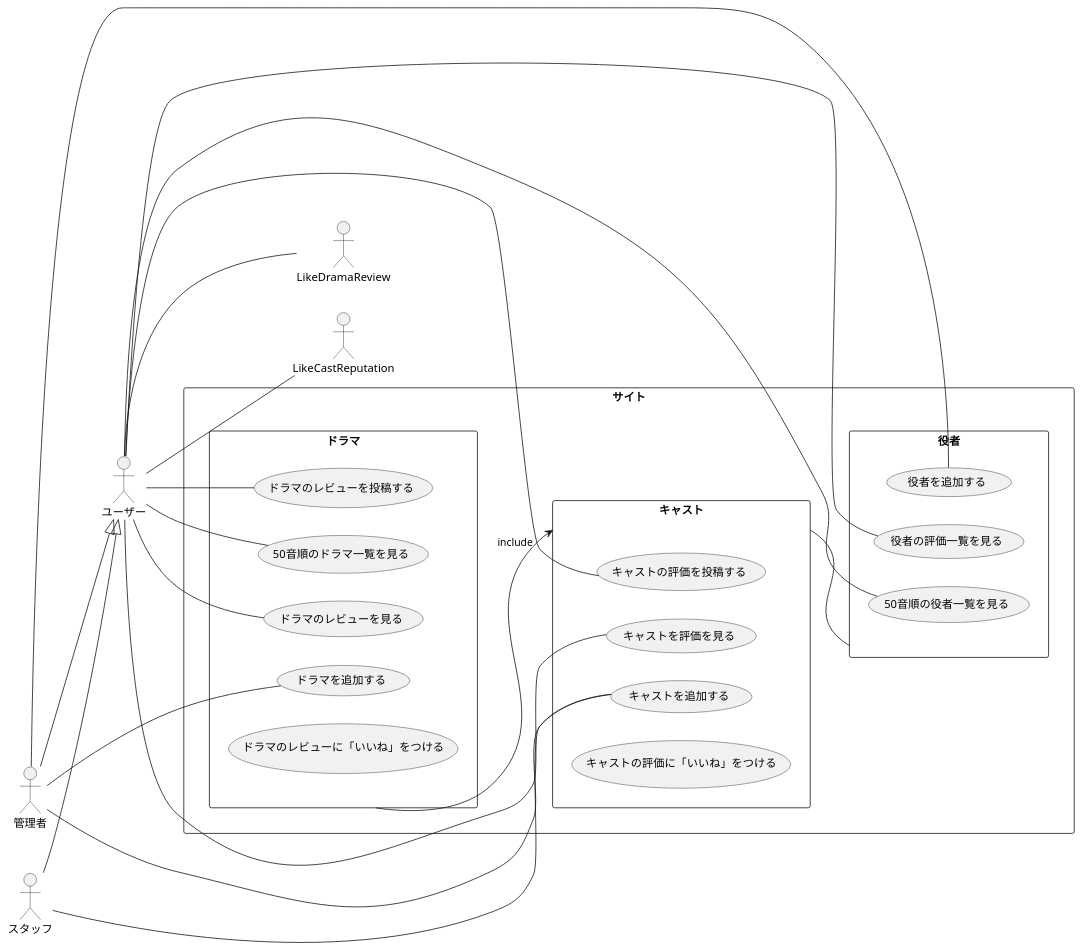
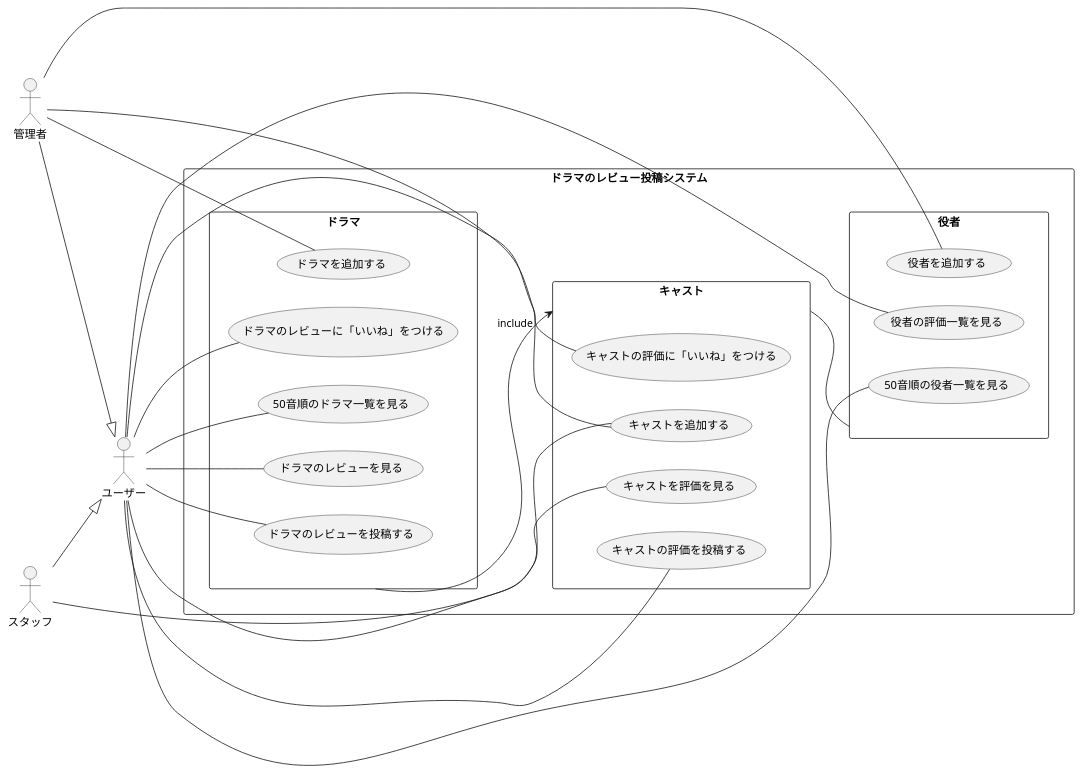
One commit to mediascience-gk/dramafam-by-nest-next changed the diagram in docs/usecase-diagram.md. Above: the diagram before and after it, drawn with PlantUML. The commit also changed 1 other file, not shown here.

Commit message:
Created class-diagram

````diff
--- a/docs/usecase-diagram.md
+++ b/docs/usecase-diagram.md
@@ -1,44 +1,44 @@
 ```plantuml
 @startuml
 left to right direction
 actor "ユーザー" as user
 actor "管理者" as admin
 actor "スタッフ" as staff
-rectangle サイト {
+rectangle ドラマのレビュー投稿システム {
     rectangle ドラマ {
         usecase (50音順のドラマ一覧を見る) as showDramaList
         usecase (ドラマを追加する) as addDrama
         usecase (ドラマのレビューを見る) as showDramaReview
         usecase (ドラマのレビューを投稿する) as postDramaReview
         usecase (ドラマのレビューに「いいね」をつける) as likeDramaReview
     }
     rectangle キャスト {
         usecase (キャストを評価を見る) as showCastReputation
         usecase (キャストを追加する) as addCast
         usecase (キャストの評価を投稿する) as postCastReputation
         usecase (キャストの評価に「いいね」をつける) as likeCastReputation
     }
     rectangle 役者 {
         usecase (50音順の役者一覧を見る) as showActorList
         usecase (役者の評価一覧を見る) as showActorReputationList
         usecase (役者を追加する) as addActor
     }
 }
 キャスト -- 役者
 ドラマ --> キャスト: include
 admin --|> user
 staff --|> user
 user -- showDramaReview
 user -- postDramaReview
-user -- LikeDramaReview
+user -- likeDramaReview
 user -- showCastReputation
 user -- postCastReputation
-user -- LikeCastReputation
+user -- likeCastReputation
 user -- showDramaList
 user -- showActorList
 user -- showActorReputationList
 staff -- addCast
 admin -- addDrama
 admin -- addCast
 admin -- addActor
 ```
````
